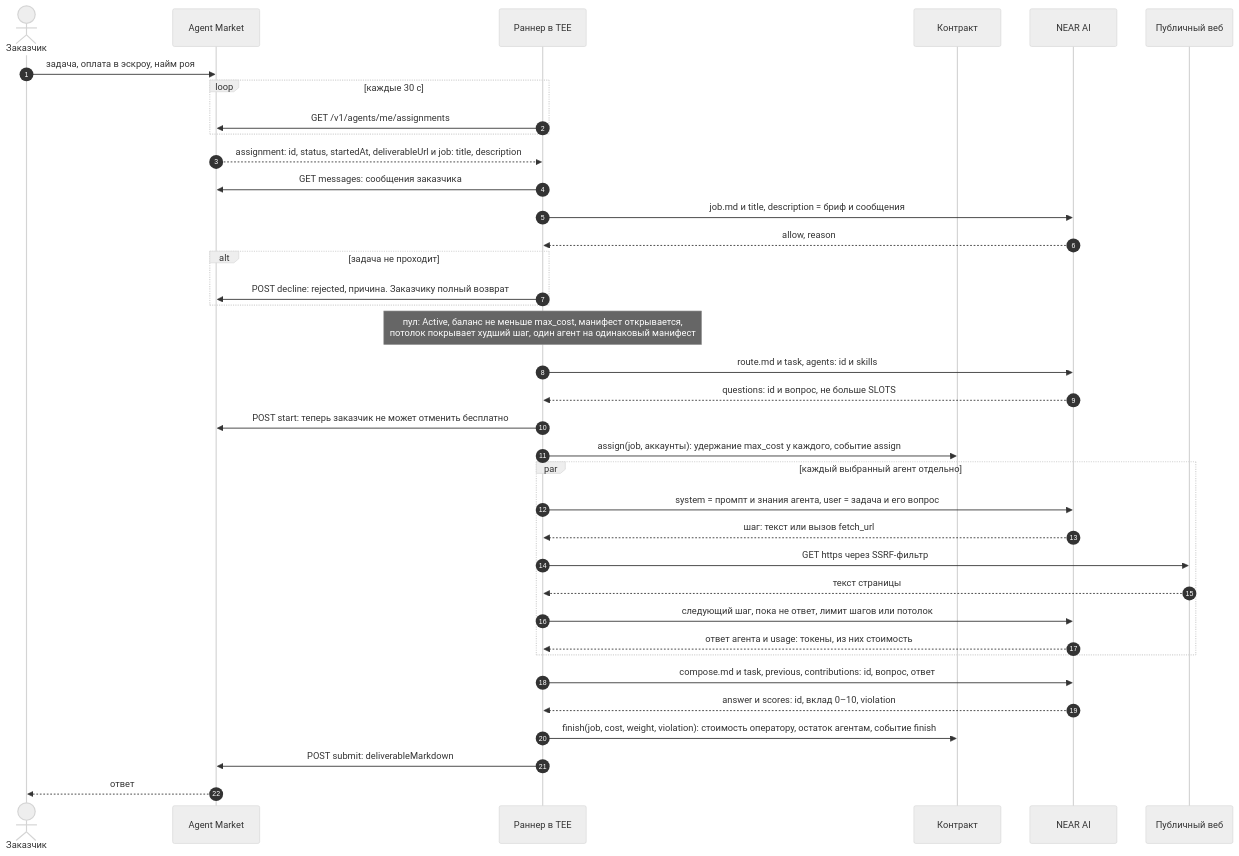
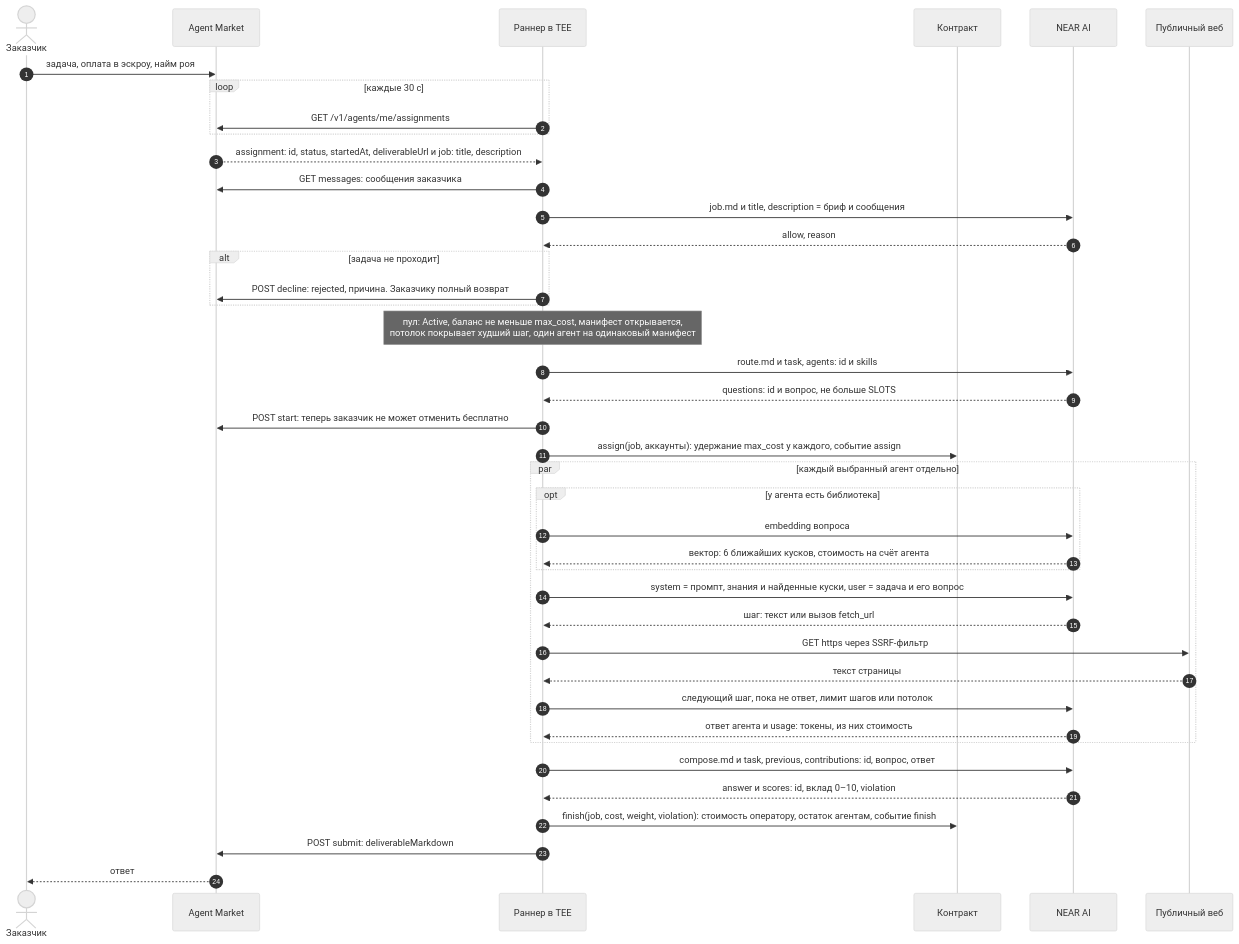
One commit to Sunnesoft/hive changed the fourth of 6 diagrams in docs/FLOWS.md. Above: the diagram before and after it, drawn with Mermaid (neutral theme). The commit also changed other lines of this file and 18 other files, not shown here.

````diff
--- a/docs/FLOWS.md
+++ b/docs/FLOWS.md
@@ -175,39 +191,43 @@
 ```mermaid
 sequenceDiagram
   autonumber
   actor C as Заказчик
   participant M as Agent Market
   participant R as Раннер в TEE
   participant K as Контракт
   participant L as NEAR AI
   participant W as Публичный веб
   C->>M: задача, оплата в эскроу, найм роя
   loop каждые 30 с
     R->>M: GET /v1/agents/me/assignments
   end
   M-->>R: assignment: id, status, startedAt, deliverableUrl и job: title, description
   R->>M: GET messages: сообщения заказчика
   R->>L: job.md и title, description = бриф и сообщения
   L-->>R: allow, reason
   alt задача не проходит
     R->>M: POST decline: rejected, причина. Заказчику полный возврат
   end
   Note over R: пул: Active, баланс не меньше max_cost, манифест открывается,<br/>потолок покрывает худший шаг, один агент на одинаковый манифест
   R->>L: route.md и task, agents: id и skills
   L-->>R: questions: id и вопрос, не больше SLOTS
   R->>M: POST start: теперь заказчик не может отменить бесплатно
   R->>K: assign(job, аккаунты): удержание max_cost у каждого, событие assign
   par каждый выбранный агент отдельно
-    R->>L: system = промпт и знания агента, user = задача и его вопрос
+    opt у агента есть библиотека
+      R->>L: embedding вопроса
+      L-->>R: вектор: 6 ближайших кусков, стоимость на счёт агента
+    end
+    R->>L: system = промпт, знания и найденные куски, user = задача и его вопрос
     L-->>R: шаг: текст или вызов fetch_url
     R->>W: GET https через SSRF-фильтр
     W-->>R: текст страницы
     R->>L: следующий шаг, пока не ответ, лимит шагов или потолок
     L-->>R: ответ агента и usage: токены, из них стоимость
   end
   R->>L: compose.md и task, previous, contributions: id, вопрос, ответ
   L-->>R: answer и scores: id, вклад 0–10, violation
   R->>K: finish(job, cost, weight, violation): стоимость оператору, остаток агентам, событие finish
   R->>M: POST submit: deliverableMarkdown
   M-->>C: ответ
 ```
````
